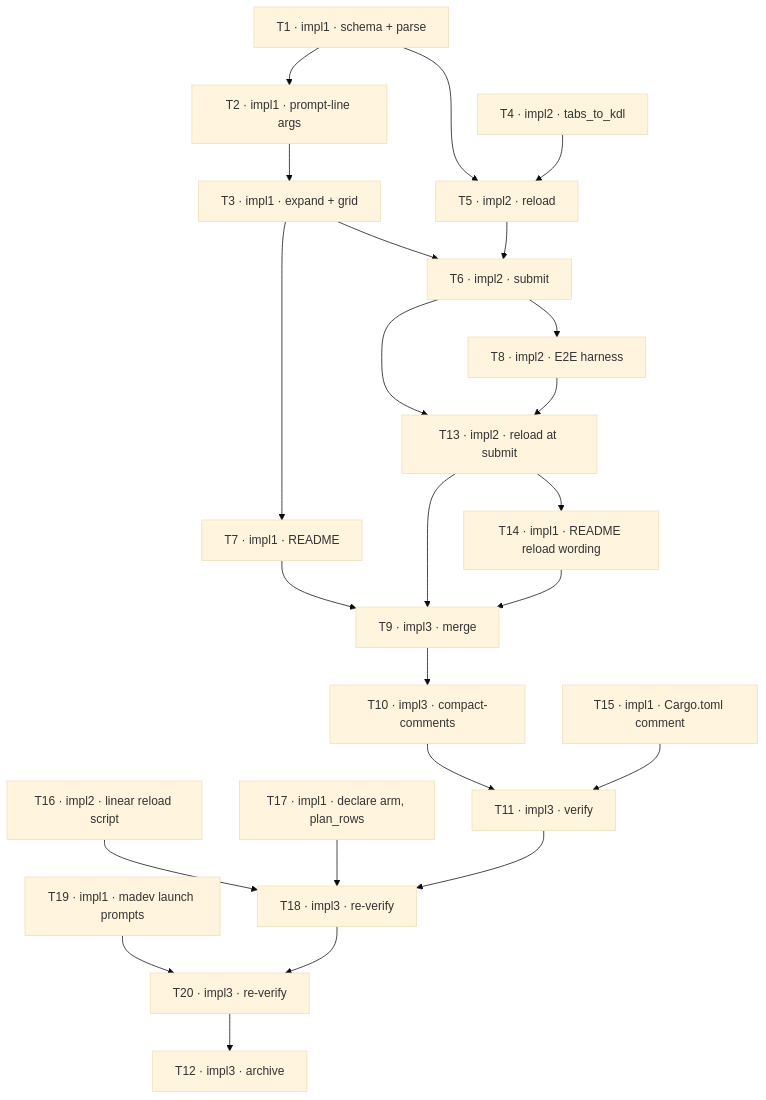
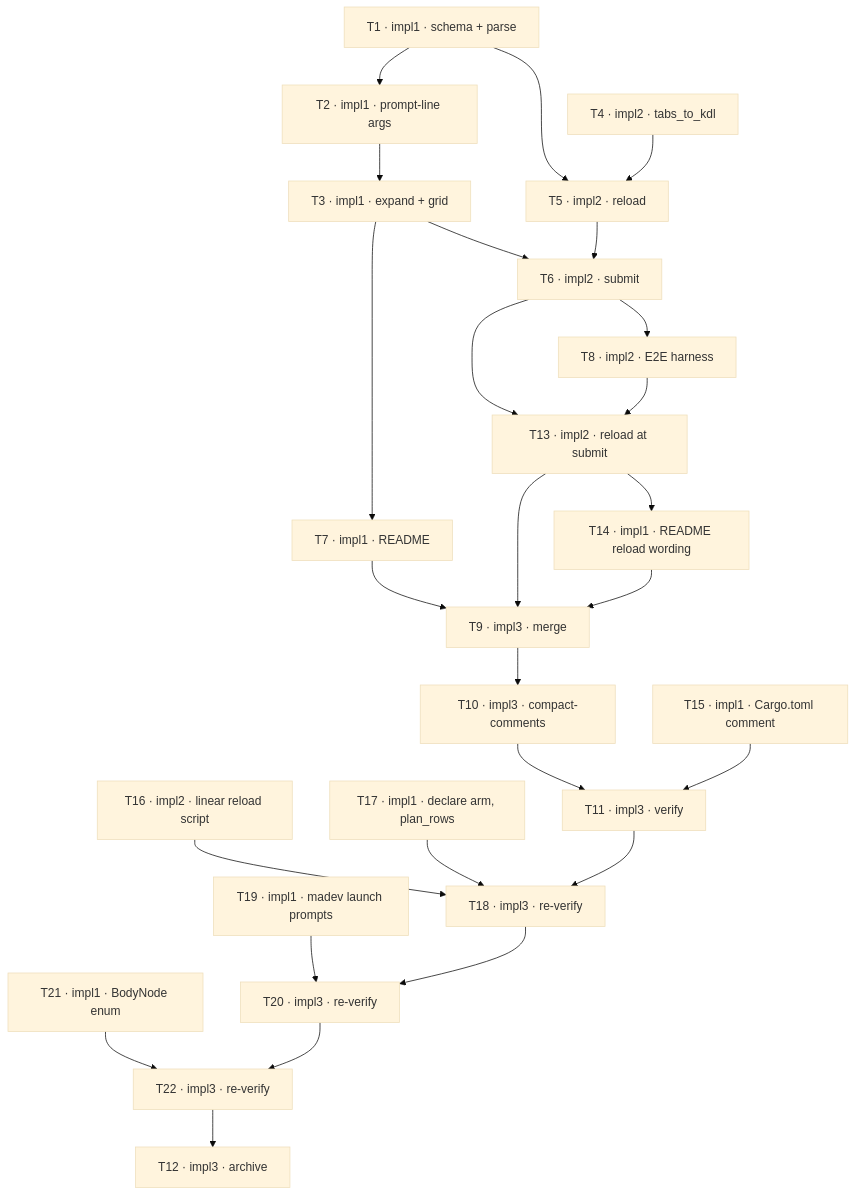
The diagram in CLAUDE_TODO-layout-generator.md (treekmk/zellaude), drawn with Mermaid (base theme) before and after one commit. The commit also changed other lines of this file and 1 other file, not shown here.

First line of the commit message:
[revise] BodyNode enum (T21) and re-verify (T22), chosen by the user at closure

````diff
--- a/CLAUDE_TODO-layout-generator.md
+++ b/CLAUDE_TODO-layout-generator.md
@@ -48,27 +50,29 @@
 ```mermaid
 graph TD
   T1[T1 · impl1 · schema + parse] --> T2[T2 · impl1 · prompt-line args]
   T2 --> T3[T3 · impl1 · expand + grid]
   T4[T4 · impl2 · tabs_to_kdl]
   T1 --> T5[T5 · impl2 · reload]
   T4 --> T5
   T3 --> T6[T6 · impl2 · submit]
   T5 --> T6
   T3 --> T7[T7 · impl1 · README]
   T6 --> T8[T8 · impl2 · E2E harness]
   T6 --> T13[T13 · impl2 · reload at submit]
   T8 --> T13
   T13 --> T14[T14 · impl1 · README reload wording]
   T7 --> T9[T9 · impl3 · merge]
   T13 --> T9
   T14 --> T9
   T9 --> T10[T10 · impl3 · compact-comments]
   T10 --> T11[T11 · impl3 · verify]
   T15[T15 · impl1 · Cargo.toml comment] --> T11
   T16[T16 · impl2 · linear reload script] --> T18[T18 · impl3 · re-verify]
   T17[T17 · impl1 · declare arm, plan_rows] --> T18
   T11 --> T18
   T19[T19 · impl1 · madev launch prompts] --> T20[T20 · impl3 · re-verify]
   T18 --> T20
-  T20 --> T12[T12 · impl3 · archive]
+  T21[T21 · impl1 · BodyNode enum] --> T22[T22 · impl3 · re-verify]
+  T20 --> T22
+  T22 --> T12[T12 · impl3 · archive]
 ```
````
